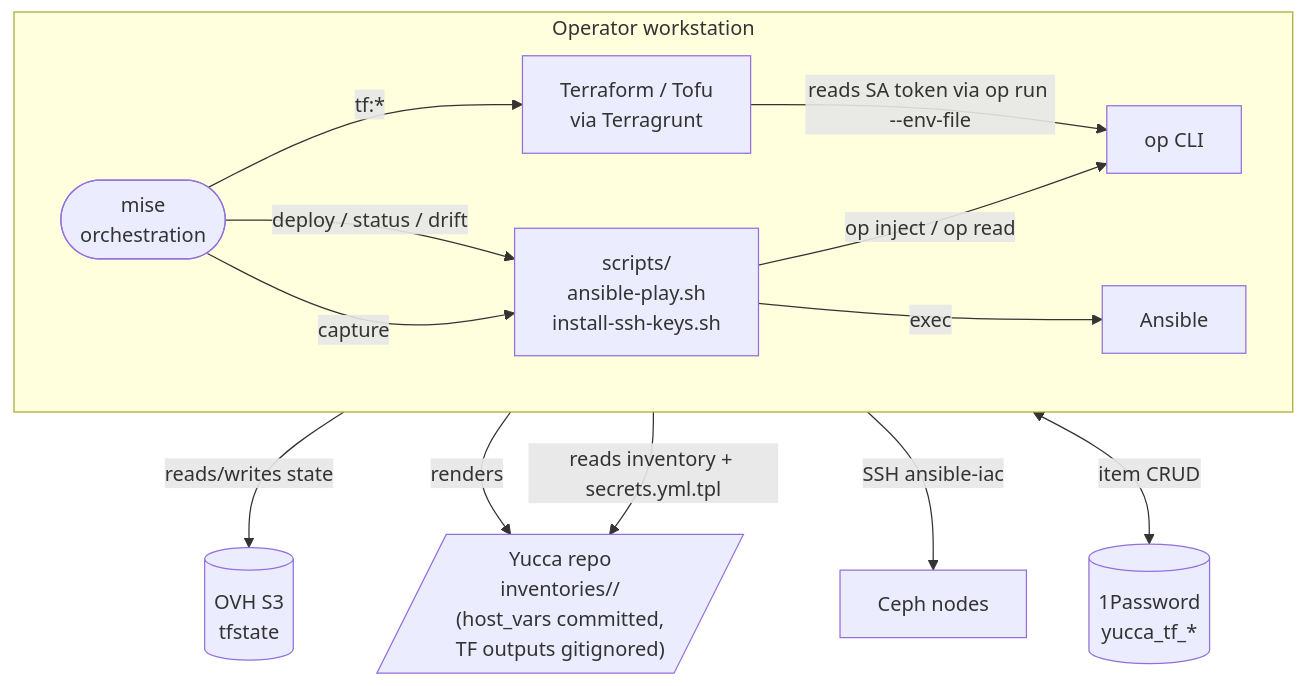
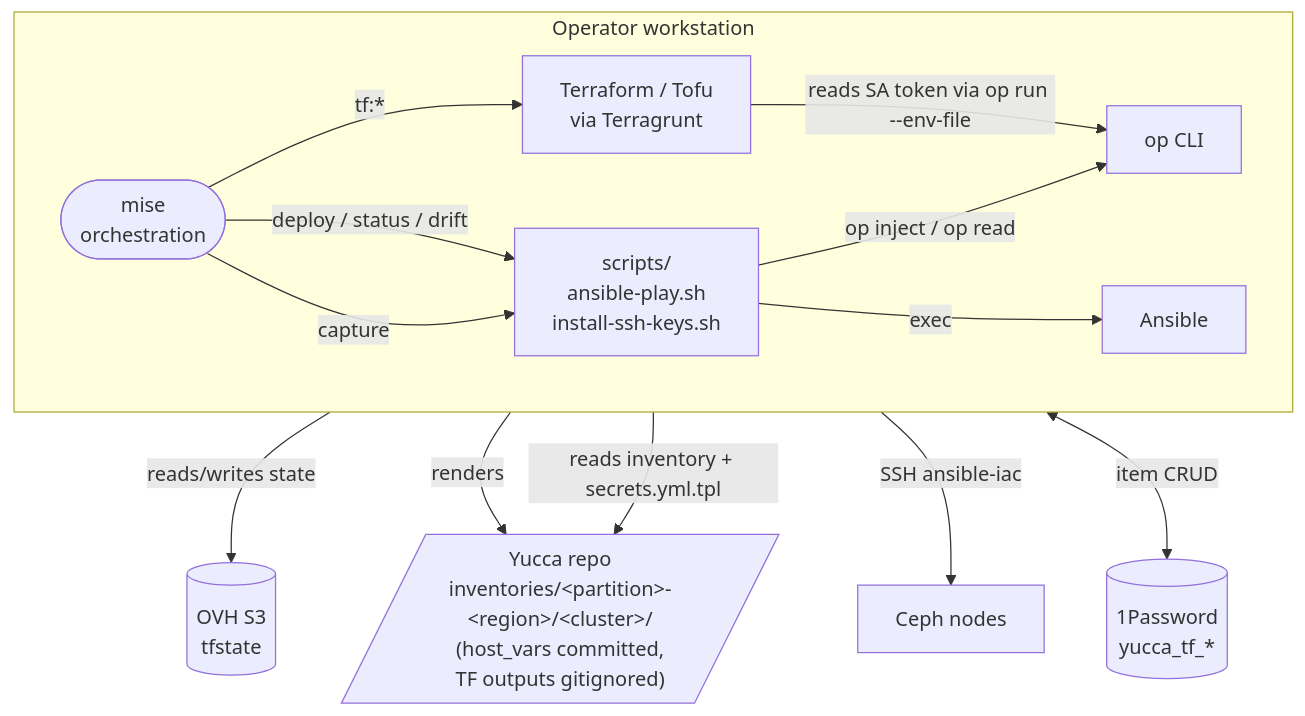
Before and after one commit to immich-app/yucca: the second of 11 diagrams in ansible/ceph/docs/architecture.md, drawn with Mermaid. The commit also changed other lines of this file and 16 other files, not shown here.

````diff
--- a/ansible/ceph/docs/architecture.md
+++ b/ansible/ceph/docs/architecture.md
@@ -77,31 +77,31 @@
 ```mermaid
 flowchart TB
     subgraph ws["Operator workstation"]
         direction LR
         MISE([mise<br/>orchestration])
         TF[Terraform / Tofu<br/>via Terragrunt]
         OP[op CLI]
         ANS[Ansible]
         WRAP[scripts/<br/>ansible-play.sh<br/>install-ssh-keys.sh]
     end
 
     ONEP[("1Password<br/>yucca_tf_*")]
     S3[("OVH S3<br/>tfstate")]
-    REPO[/"Yucca repo<br/>inventories/<cluster>/<br/>(host_vars committed,<br/>TF outputs gitignored)"/]
+    REPO[/"Yucca repo<br/>inventories/&lt;partition&gt;-&lt;region&gt;/&lt;cluster&gt;/<br/>(host_vars committed,<br/>TF outputs gitignored)"/]
     NODES[Ceph nodes]
 
     MISE -->|tf:*| TF
     MISE -->|deploy / status / drift| WRAP
     MISE -->|capture| WRAP
 
     TF -->|reads SA token via op run --env-file| OP
     TF -->|reads/writes state| S3
     TF -->|renders| REPO
 
     WRAP -->|reads inventory + secrets.yml.tpl| REPO
     WRAP -->|op inject / op read| OP
     WRAP -->|exec| ANS
     ANS -->|SSH ansible-iac| NODES
 
     OP <-->|item CRUD| ONEP
 ```
````
